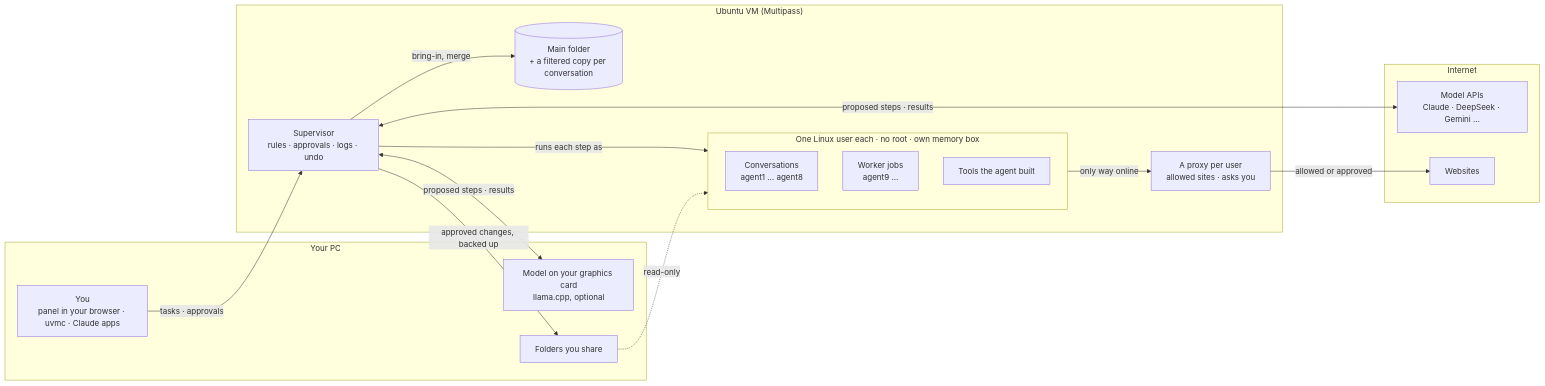
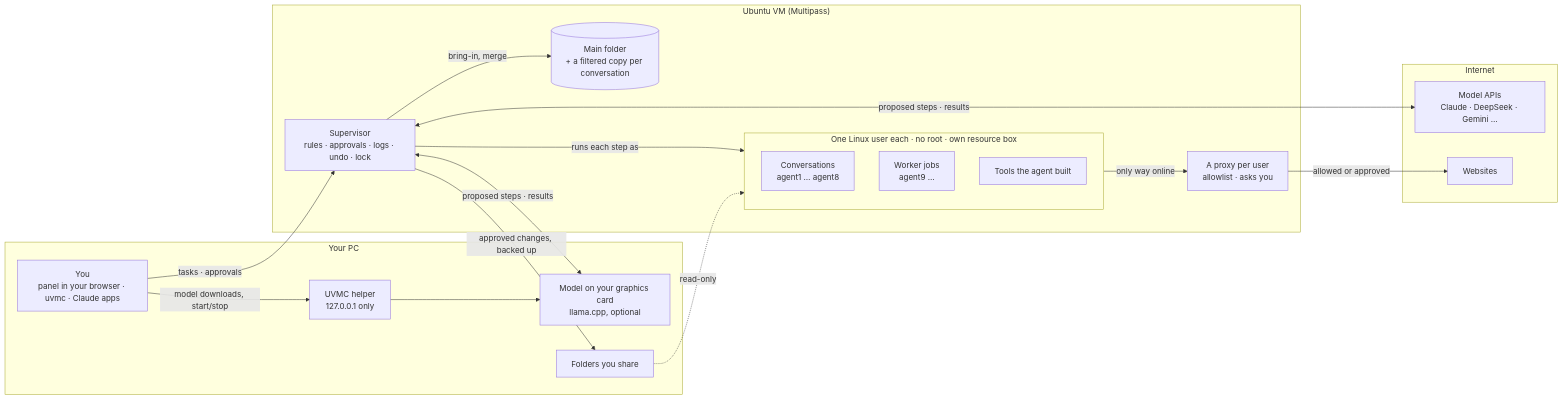
One commit to strat0sf3r/UVMC changed the diagram in README.md. Above: the diagram before and after it, drawn with Mermaid. The commit also changed other lines of this file, not shown here.

````diff
--- a/README.md
+++ b/README.md
@@ -42,31 +110,34 @@
 ```mermaid
 flowchart LR
     subgraph PC["Your PC"]
         You["You<br/>panel in your browser · uvmc · Claude apps"]
+        Helper["UVMC helper<br/>127.0.0.1 only"]
         GPU["Model on your graphics card<br/>llama.cpp, optional"]
         Folders["Folders you share"]
     end
     subgraph VM["Ubuntu VM (Multipass)"]
-        S["Supervisor<br/>rules · approvals · logs · undo"]
-        subgraph Users["One Linux user each · no root · own memory box"]
+        S["Supervisor<br/>rules · approvals · logs · undo · lock"]
+        subgraph Users["One Linux user each · no root · own resource box"]
             A["Conversations<br/>agent1 … agent8"]
             W["Worker jobs<br/>agent9 …"]
             T["Tools the agent built"]
         end
-        P["A proxy per user<br/>allowed sites · asks you"]
+        P["A proxy per user<br/>allowlist · asks you"]
         Main[("Main folder<br/>+ a filtered copy per conversation")]
     end
     subgraph Net["Internet"]
         M["Model APIs<br/>Claude · DeepSeek · Gemini …"]
         Sites["Websites"]
     end
     You -->|tasks · approvals| S
+    You -->|model downloads, start/stop| Helper
+    Helper --> GPU
     S <-->|proposed steps · results| M
     S <-->|proposed steps · results| GPU
     S -->|runs each step as| Users
     Users -->|only way online| P
     P -->|allowed or approved| Sites
     Folders -.->|read-only| Users
     S -->|approved changes, backed up| Folders
     S -->|bring-in, merge| Main
 ```
````
